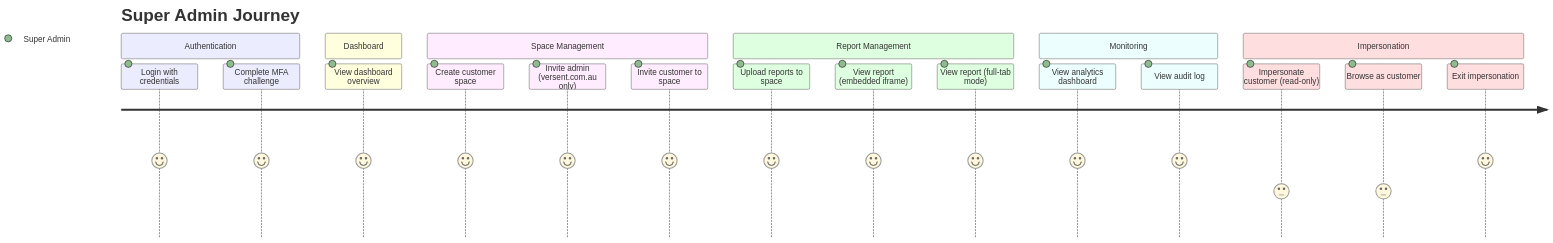
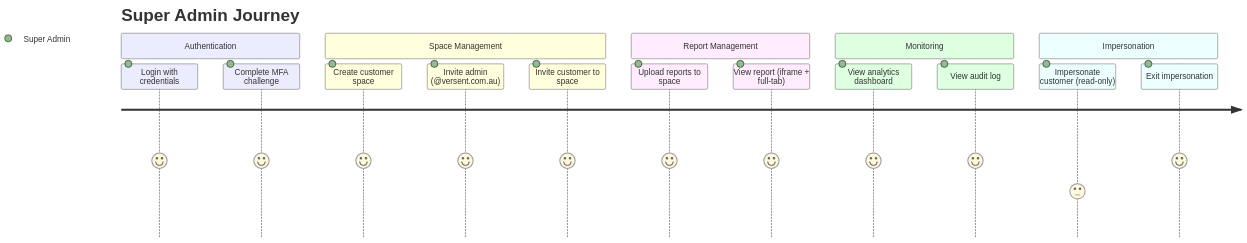
Before and after one commit to shanakaj/ReportsPortal: diagram 12 of 15 in README.md, drawn with Mermaid. The commit also changed other lines of this file and 1 other file, not shown here.

First line of the commit message:
Consolidate README with Mermaid diagrams and add token refresh tests

````diff
--- a/README.md
+++ b/README.md
@@ -65,24 +559,20 @@
 ```mermaid
 journey
     title Super Admin Journey
     section Authentication
       Login with credentials: 5: Super Admin
       Complete MFA challenge: 5: Super Admin
-    section Dashboard
-      View dashboard overview: 5: Super Admin
     section Space Management
       Create customer space: 5: Super Admin
-      Invite admin (versent.com.au only): 5: Super Admin
+      Invite admin (@versent.com.au): 5: Super Admin
       Invite customer to space: 5: Super Admin
     section Report Management
       Upload reports to space: 5: Super Admin
-      View report (embedded iframe): 5: Super Admin
-      View report (full-tab mode): 5: Super Admin
+      View report (iframe + full-tab): 5: Super Admin
     section Monitoring
       View analytics dashboard: 5: Super Admin
       View audit log: 5: Super Admin
     section Impersonation
       Impersonate customer (read-only): 3: Super Admin
-      Browse as customer: 3: Super Admin
       Exit impersonation: 5: Super Admin
 ```
````
